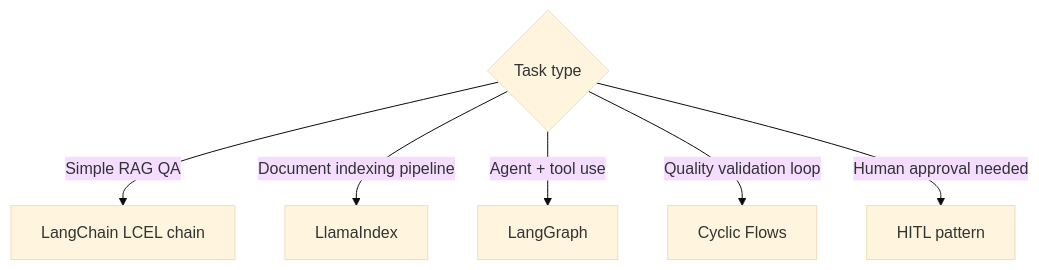
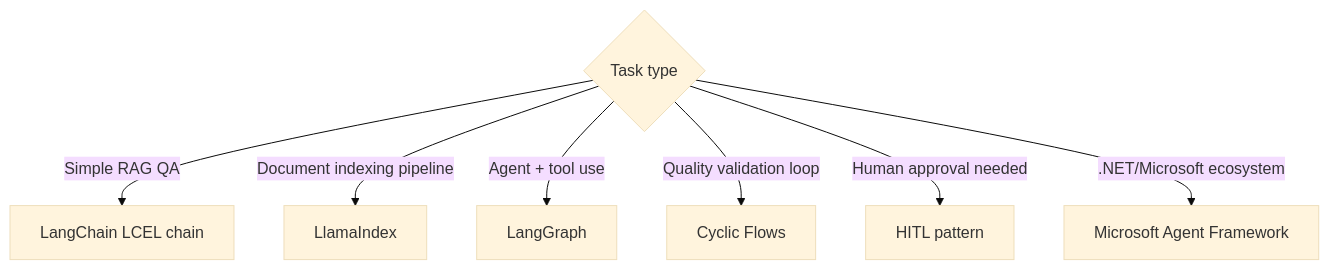
The second of 2 diagrams in wiki/en/AI/Engineering/Flow_Engineering/Flow_Engineering.md (TaeHunKim/AIEngineeringLLMWiki), drawn with Mermaid (base theme) before and after one commit. The commit also changed other lines of this file and 66 other files, not shown here.

First line of the commit message:
docs: fill Model/Prompt/Flow/Context/Loop Engineering gaps and refresh stale chapters

````diff
--- a/wiki/en/AI/Engineering/Flow_Engineering/Flow_Engineering.md
+++ b/wiki/en/AI/Engineering/Flow_Engineering/Flow_Engineering.md
@@ -43,8 +43,9 @@
 ```mermaid
 flowchart TD
     T{Task type} -->|Simple RAG QA| LC[LangChain LCEL chain]
     T -->|Document indexing pipeline| LI[LlamaIndex]
     T -->|Agent + tool use| LG[LangGraph]
     T -->|Quality validation loop| CF[Cyclic Flows]
     T -->|Human approval needed| HITL[HITL pattern]
+    T -->|.NET/Microsoft ecosystem| MAF[Microsoft Agent Framework]
 ```
````
